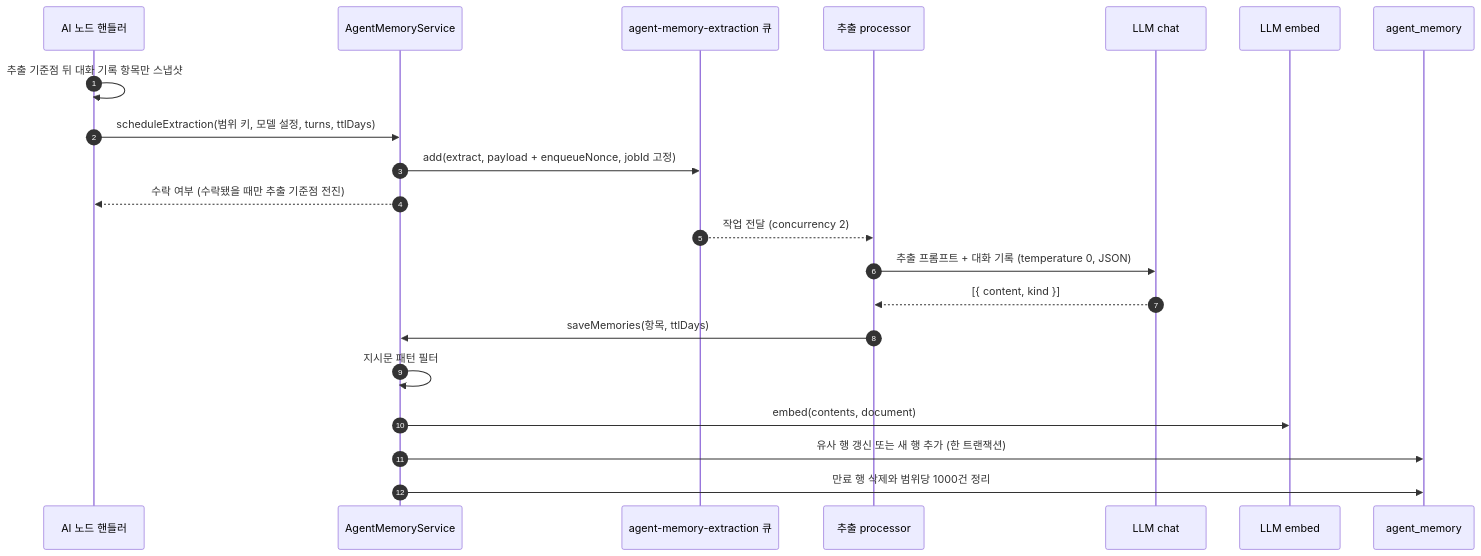
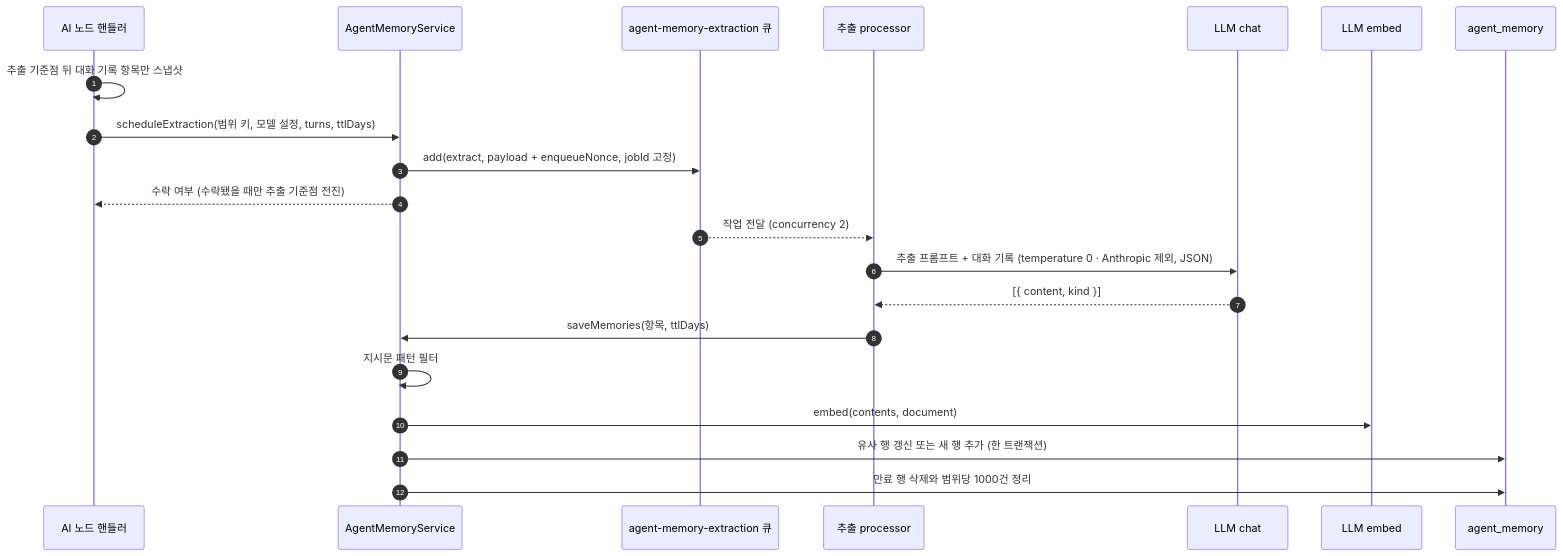
One commit to worker-ants/clemvion changed the first of 3 diagrams in spec/CLE-AI/CLE-AI-MEMORY.md. Above: the diagram before and after it, drawn with Mermaid. The commit also changed other lines of this file and 31 other files, not shown here.

````diff
--- a/spec/CLE-AI/CLE-AI-MEMORY.md
+++ b/spec/CLE-AI/CLE-AI-MEMORY.md
@@ -167,24 +167,24 @@
 ```mermaid
 sequenceDiagram
   autonumber
   participant H as AI 노드 핸들러
   participant Svc as AgentMemoryService
   participant Q as agent-memory-extraction 큐
   participant P as 추출 processor
   participant Lc as LLM chat
   participant Le as LLM embed
   participant PG as agent_memory
 
   H->>H: 추출 기준점 뒤 대화 기록 항목만 스냅샷
   H->>Svc: scheduleExtraction(범위 키, 모델 설정, turns, ttlDays)
   Svc->>Q: add(extract, payload + enqueueNonce, jobId 고정)
   Svc-->>H: 수락 여부 (수락됐을 때만 추출 기준점 전진)
   Q-->>P: 작업 전달 (concurrency 2)
-  P->>Lc: 추출 프롬프트 + 대화 기록 (temperature 0, JSON)
+  P->>Lc: 추출 프롬프트 + 대화 기록 (temperature 0 · Anthropic 제외, JSON)
   Lc-->>P: [{ content, kind }]
   P->>Svc: saveMemories(항목, ttlDays)
   Svc->>Svc: 지시문 패턴 필터
   Svc->>Le: embed(contents, document)
   Svc->>PG: 유사 행 갱신 또는 새 행 추가 (한 트랜잭션)
   Svc->>PG: 만료 행 삭제와 범위당 1000건 정리
 ```
````
